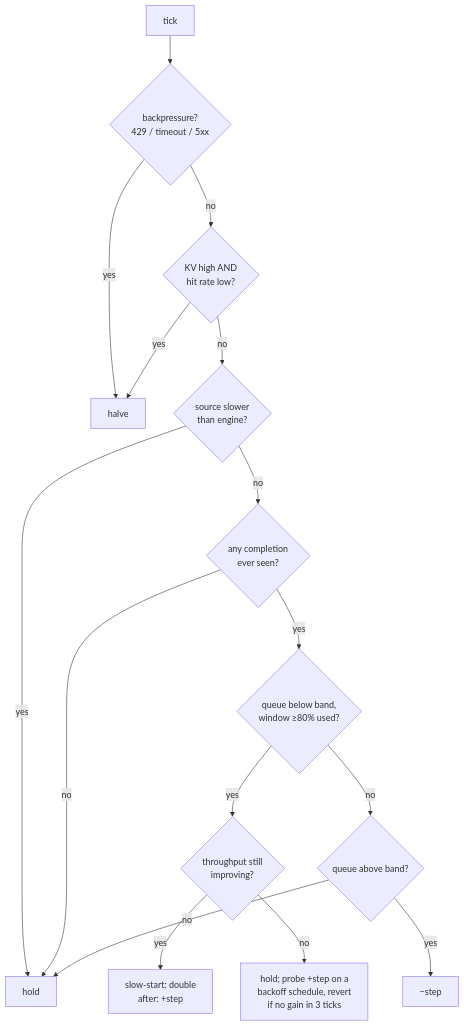
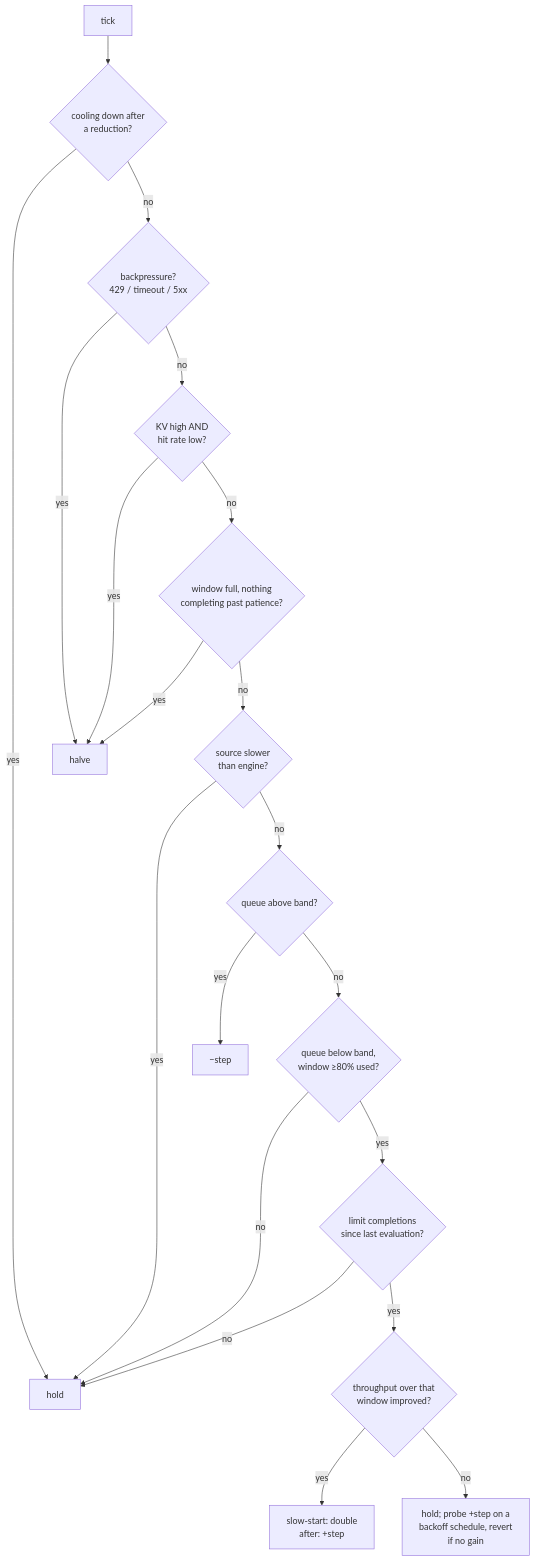
Before and after one commit to davanstrien/saturate: the second of 2 diagrams in docs/design.md, drawn with Mermaid. The commit also changed other lines of this file and 11 other files, not shown here.

First line of the commit message:
Controller as ordered rules: stall cut, one cut per episode, ack-clocked growth, reasons in telemetry (#23)

````diff
--- a/docs/design.md
+++ b/docs/design.md
@@ -90,18 +91,22 @@
 ```mermaid
 flowchart TD
-    T[tick] --> BP{backpressure?\n429 / timeout / 5xx}
+    T[tick] --> CD{cooling down after\na reduction?}
+    CD -- yes --> HOLD[hold]
+    CD -- no --> BP{backpressure?\n429 / timeout / 5xx}
     BP -- yes --> CUT[halve]
     BP -- no --> KV{KV high AND\nhit rate low?}
     KV -- yes --> CUT
-    KV -- no --> IB{source slower\nthan engine?}
-    IB -- yes --> HOLD[hold]
-    IB -- no --> ACK{any completion\never seen?}
+    KV -- no --> ST{window full, nothing\ncompleting past patience?}
+    ST -- yes --> CUT
+    ST -- no --> IB{source slower\nthan engine?}
+    IB -- yes --> HOLD
+    IB -- no --> HI{queue above band?}
+    HI -- yes --> DOWN[−step]
+    HI -- no --> LO{queue below band,\nwindow ≥80% used?}
+    LO -- no --> HOLD
+    LO -- yes --> ACK{limit completions\nsince last evaluation?}
     ACK -- no --> HOLD
-    ACK -- yes --> LO{queue below band,\nwindow ≥80% used?}
-    LO -- yes --> G{throughput still\nimproving?}
+    ACK -- yes --> G{throughput over that\nwindow improved?}
     G -- yes --> GROW[slow-start: double\nafter: +step]
-    G -- no --> PROBE[hold; probe +step on a\nbackoff schedule, revert\nif no gain in 3 ticks]
-    LO -- no --> HI{queue above band?}
-    HI -- yes --> DOWN[−step]
-    HI -- no --> HOLD
+    G -- no --> PROBE[hold; probe +step on a\nbackoff schedule, revert\nif no gain]
 ```
````
